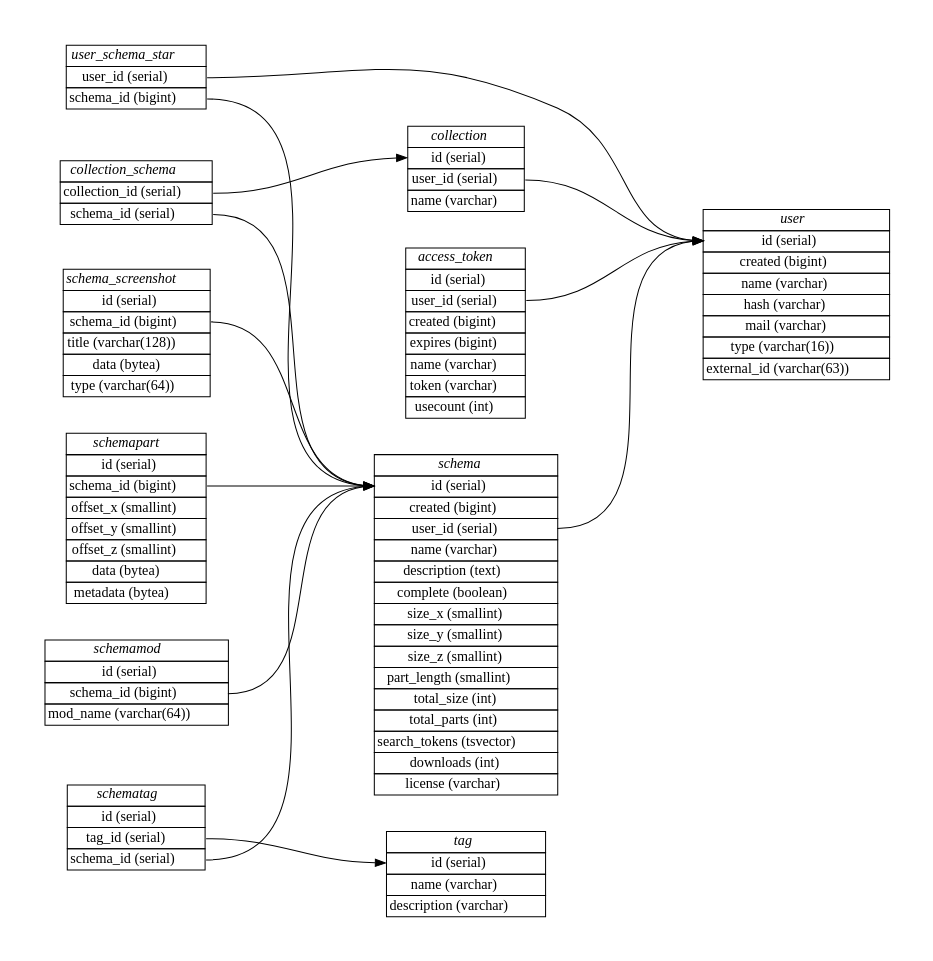
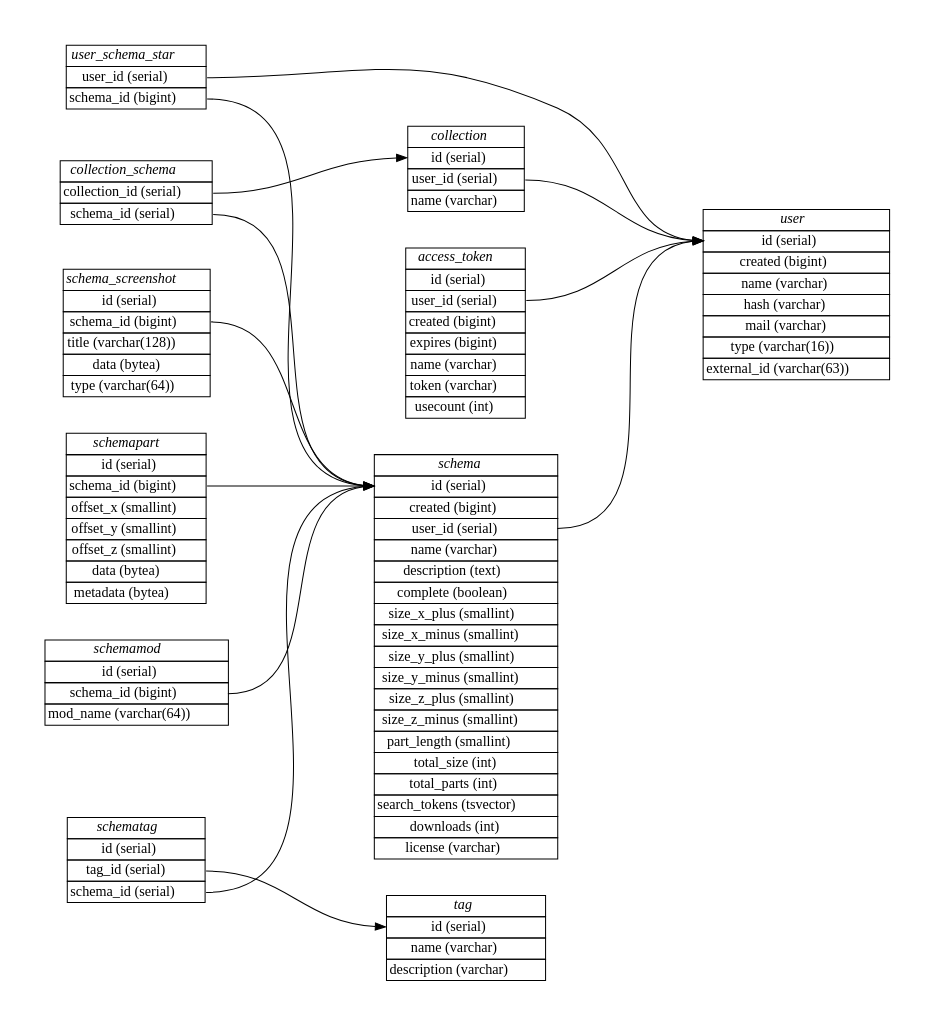
Before and after one commit to blockexchange/blockexchange_server: the diagram in doc/database.dot, drawn with Graphviz. The commit also changed 11 other files, not shown here.

Commit message:
size_n_plus/minus

```diff
--- a/doc/database.dot
+++ b/doc/database.dot
@@ -1,131 +1,134 @@
 digraph {
 	graph [pad="0.5", nodesep="0.5", ranksep="2"];
 	node [shape=plain]
 	rankdir=LR;
 
 	user [label=<
 	<table border="0" cellborder="1" cellspacing="0">
 	  <tr><td><i>user</i></td></tr>
 	  <tr><td port="1">id (serial)</td></tr>
 	  <tr><td port="2">created (bigint)</td></tr>
 	  <tr><td port="3">name (varchar)</td></tr>
 	  <tr><td port="4">hash (varchar)</td></tr>
 	  <tr><td port="5">mail (varchar)</td></tr>
 		<tr><td port="5b">type (varchar(16))</td></tr>
 		<tr><td port="5c">external_id (varchar(63))</td></tr>
 	</table>>];
 
 	access_token [label=<
 	<table border="0" cellborder="1" cellspacing="0">
 	  <tr><td><i>access_token</i></td></tr>
 	  <tr><td port="40">id (serial)</td></tr>
 		<tr><td port="41">user_id (serial)</td></tr>
 		<tr><td port="42">created (bigint)</td></tr>
 		<tr><td port="43">expires (bigint)</td></tr>
 	  <tr><td port="44">name (varchar)</td></tr>
 		<tr><td port="45">token (varchar)</td></tr>
 		<tr><td port="46">usecount (int)</td></tr>
 	</table>>];
 
 
 	schema [label=<
 	<table border="0" cellborder="1" cellspacing="0">
 	  <tr><td><i>schema</i></td></tr>
 	  <tr><td port="6">id (serial)</td></tr>
 	  <tr><td port="7">created (bigint)</td></tr>
 	  <tr><td port="8">user_id (serial)</td></tr>
 		<tr><td port="9">name (varchar)</td></tr>
 	  <tr><td port="10">description (text)</td></tr>
 	  <tr><td port="11">complete (boolean)</td></tr>
-	  <tr><td port="12">size_x (smallint)</td></tr>
-	  <tr><td port="13">size_y (smallint)</td></tr>
-	  <tr><td port="14">size_z (smallint)</td></tr>
+	  <tr><td port="12">size_x_plus (smallint)</td></tr>
+	  <tr><td port="12a">size_x_minus (smallint)</td></tr>
+	  <tr><td port="13">size_y_plus (smallint)</td></tr>
+	  <tr><td port="13a">size_y_minus (smallint)</td></tr>
+	  <tr><td port="14">size_z_plus (smallint)</td></tr>
+	  <tr><td port="14a">size_z_minus (smallint)</td></tr>
 	  <tr><td port="15">part_length (smallint)</td></tr>
 	  <tr><td port="16">total_size (int)</td></tr>
 	  <tr><td port="17">total_parts (int)</td></tr>
 	  <tr><td port="18">search_tokens (tsvector)</td></tr>
 	  <tr><td port="19">downloads (int)</td></tr>
 		<tr><td port="20">license (varchar)</td></tr>
 	</table>>];
 
 	schemapart [label=<
 	<table border="0" cellborder="1" cellspacing="0">
 	  <tr><td><i>schemapart</i></td></tr>
 	  <tr><td port="22">id (serial)</td></tr>
 	  <tr><td port="23">schema_id (bigint)</td></tr>
 	  <tr><td port="24">offset_x (smallint)</td></tr>
 	  <tr><td port="25">offset_y (smallint)</td></tr>
 	  <tr><td port="26">offset_z (smallint)</td></tr>
 	  <tr><td port="27">data (bytea)</td></tr>
 	  <tr><td port="28">metadata (bytea)</td></tr>
 	</table>>];
 
 	schemamod [label=<
 	<table border="0" cellborder="1" cellspacing="0">
 	  <tr><td><i>schemamod</i></td></tr>
 	  <tr><td port="29">id (serial)</td></tr>
 	  <tr><td port="30">schema_id (bigint)</td></tr>
 	  <tr><td port="31">mod_name (varchar(64))</td></tr>
 	</table>>];
 
 	user_schema_star [label=<
 	<table border="0" cellborder="1" cellspacing="0">
 	  <tr><td><i>user_schema_star</i></td></tr>
 	  <tr><td port="33">user_id (serial)</td></tr>
 	  <tr><td port="34">schema_id (bigint)</td></tr>
 	</table>>];
 
 	schema_screenshot [label=<
 	<table border="0" cellborder="1" cellspacing="0">
 	  <tr><td><i>schema_screenshot</i></td></tr>
 	  <tr><td port="35">id (serial)</td></tr>
 	  <tr><td port="36">schema_id (bigint)</td></tr>
 	  <tr><td port="37">title (varchar(128))</td></tr>
 	  <tr><td port="38">data (bytea)</td></tr>
 	  <tr><td port="39">type (varchar(64))</td></tr>
 	</table>>];
 
 	collection [label=<
 	<table border="0" cellborder="1" cellspacing="0">
 	  <tr><td><i>collection</i></td></tr>
 		<tr><td port="50">id (serial)</td></tr>
 	  <tr><td port="51">user_id (serial)</td></tr>
 		<tr><td port="52">name (varchar)</td></tr>
 	</table>>];
 
 	collection_schema [label=<
 		<table border="0" cellborder="1" cellspacing="0">
 		<tr><td><i>collection_schema</i></td></tr>
 		<tr><td port="61">collection_id (serial)</td></tr>
 		<tr><td port="62">schema_id (serial)</td></tr>
 	</table>>];
 
 	tag [label=<
 	<table border="0" cellborder="1" cellspacing="0">
 		<tr><td><i>tag</i></td></tr>
 		<tr><td port="70">id (serial)</td></tr>
 		<tr><td port="71">name (varchar)</td></tr>
 		<tr><td port="72">description (varchar)</td></tr>
 	</table>>];
 
 	schematag [label=<
 	<table border="0" cellborder="1" cellspacing="0">
 		<tr><td><i>schematag</i></td></tr>
 		<tr><td port="80">id (serial)</td></tr>
 		<tr><td port="81">tag_id (serial)</td></tr>
 		<tr><td port="82">schema_id (serial)</td></tr>
 	</table>>];
 
 	schematag:81 -> tag:70;
 	schematag:82 -> schema:6;
 	collection_schema:62 -> schema:6;
 	collection_schema:61 -> collection:50;
 	collection:51 -> user:1;
 	schema:8 -> user:1;
 	access_token:41 -> user:1
 	schemapart:23 -> schema:6;
 	schemamod:30 -> schema:6;
 	user_schema_star:33 -> user:1;
 	user_schema_star:34 -> schema:6;
 	schema_screenshot:36 -> schema:6;
 }
```
